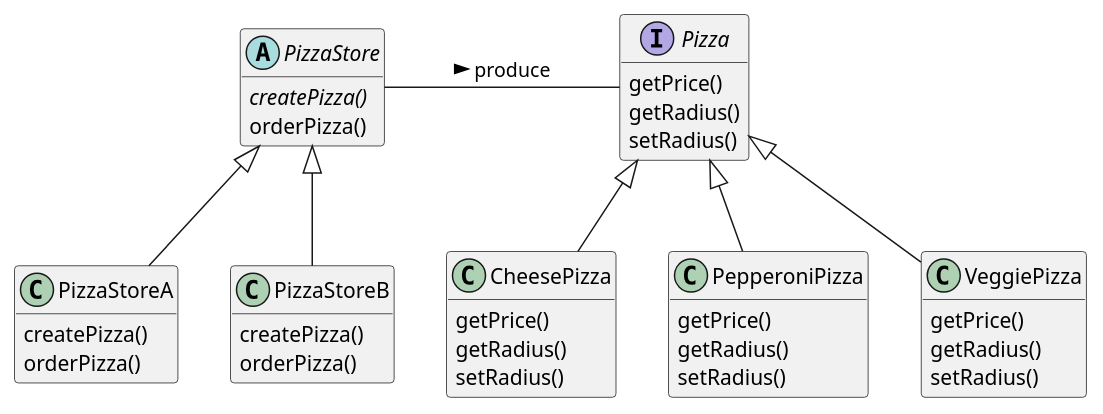
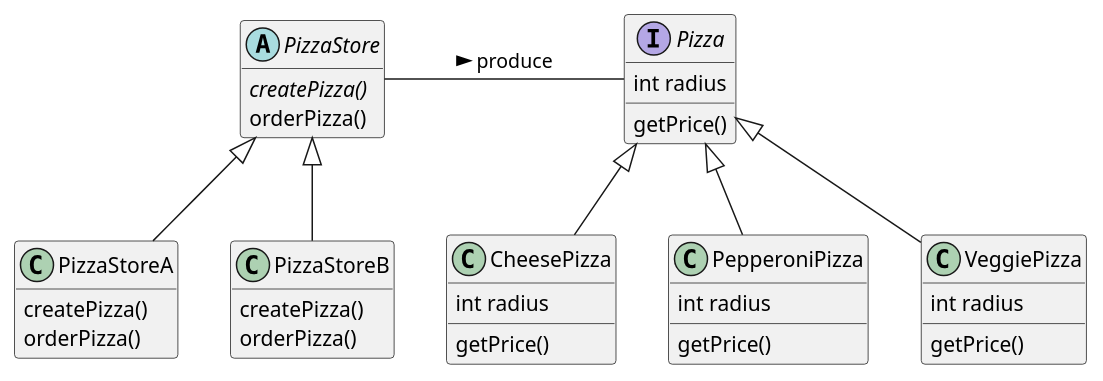
Before and after one commit to gama79530/DesignPattern: the diagram in FactoryMethodPattern/example.puml, drawn with PlantUML. The commit also changed 38 other files, not shown here.

```diff
--- a/FactoryMethodPattern/example.puml
+++ b/FactoryMethodPattern/example.puml
@@ -1,51 +1,47 @@
 @startuml example
 hide empty members
 
 abstract class PizzaStore{
     {abstract}createPizza()
     orderPizza()
 }
 
 class PizzaStoreA{
     createPizza()
     orderPizza()
 }
 
 class PizzaStoreB{
     createPizza()
     orderPizza()
 }
 
 interface Pizza{
+    int radius
     getPrice()
-    getRadius()
-    setRadius()
 }
 
 class CheesePizza{
+    int radius
     getPrice()
-    getRadius()
-    setRadius()
 }
 
 class PepperoniPizza{
+    int radius
     getPrice()
-    getRadius()
-    setRadius()
 }
 
 class VeggiePizza{
+    int radius
     getPrice()
-    getRadius()
-    setRadius()
 }
 
 PizzaStore <|-- PizzaStoreA
 PizzaStore <|-- PizzaStoreB
 Pizza <|-- CheesePizza
 Pizza <|-- VeggiePizza
 Pizza <|-- PepperoniPizza
 
 PizzaStore - Pizza : > produce 
 
 @enduml
```
